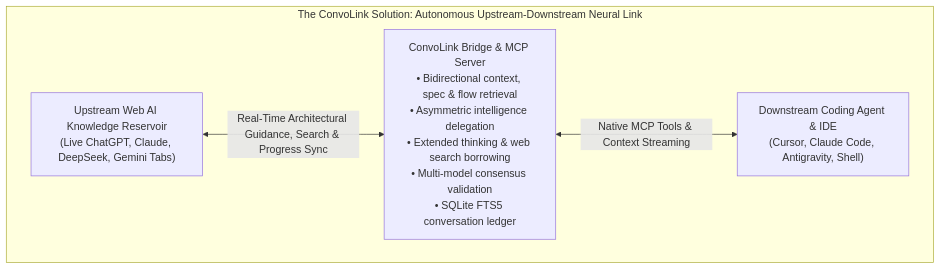
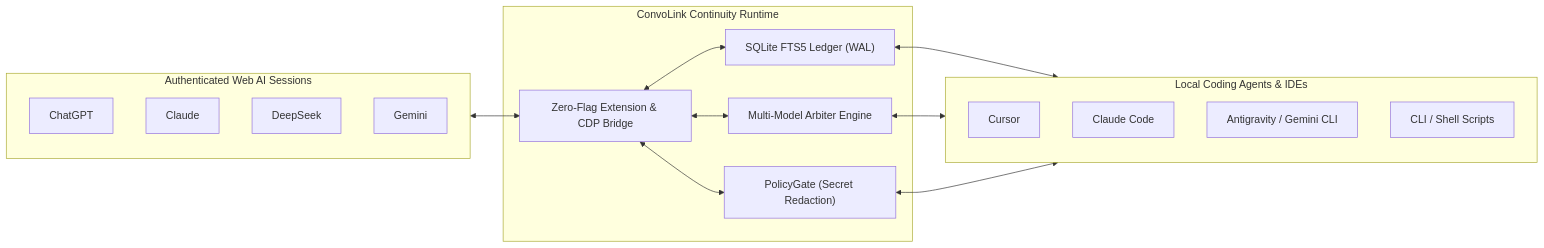
Before and after one commit to 0xTanzim/convolink: the diagram in README.md, drawn with Mermaid. The commit also changed other lines of this file and 24 other files, not shown here.

````diff
--- a/README.md
+++ b/README.md
@@ -64,10 +27,27 @@
 ```mermaid
-flowchart TD
-    subgraph Solution ["The ConvoLink Solution: Autonomous Upstream-Downstream Neural Link"]
-        UpstreamSession["Upstream Web AI Knowledge Reservoir<br/>(Live ChatGPT, Claude, DeepSeek, Gemini Tabs)"]
-        ConvoLink["ConvoLink Bridge & MCP Server<br/>• Bidirectional context, spec & flow retrieval<br/>• Asymmetric intelligence delegation<br/>• Extended thinking & web search borrowing<br/>• Multi-model consensus validation<br/>• SQLite FTS5 conversation ledger"]
-        LocalIDEAgent["Downstream Coding Agent & IDE<br/>(Cursor, Claude Code, Antigravity, Shell)"]
+flowchart LR
+    subgraph Upstream ["Authenticated Web AI Sessions"]
+        ChatGPT["ChatGPT"]
+        Claude["Claude"]
+        DeepSeek["DeepSeek"]
+        Gemini["Gemini"]
+    end
 
-        UpstreamSession <-->|"Real-Time Architectural Guidance, Search & Progress Sync"| ConvoLink <-->|"Native MCP Tools & Context Streaming"| LocalIDEAgent
+    subgraph ConvoLinkRuntime ["ConvoLink Continuity Runtime"]
+        Bridge["Zero-Flag Extension & CDP Bridge"]
+        Ledger["SQLite FTS5 Ledger (WAL)"]
+        Arbiter["Multi-Model Arbiter Engine"]
+        Safety["PolicyGate (Secret Redaction)"]
     end
+
+    subgraph Downstream ["Local Coding Agents & IDEs"]
+        Cursor["Cursor"]
+        ClaudeCode["Claude Code"]
+        Antigravity["Antigravity / Gemini CLI"]
+        Terminal["CLI / Shell Scripts"]
+    end
+
+    Upstream <--> Bridge
+    Bridge <--> Ledger & Arbiter & Safety
+    Ledger & Arbiter & Safety <--> Downstream
 ```
````
